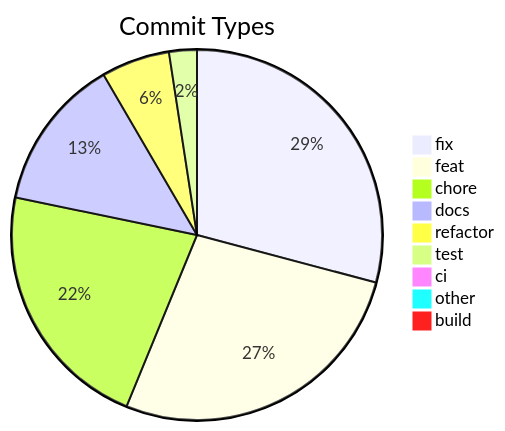
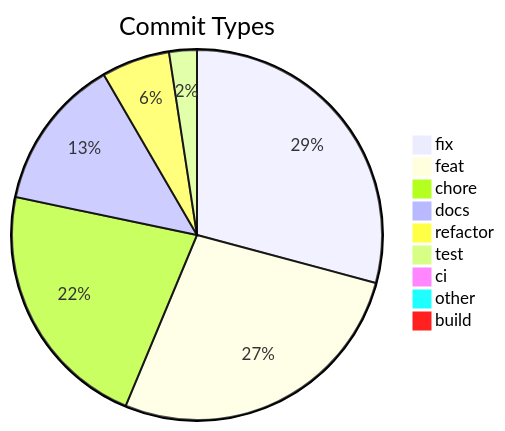
Before and after one commit to svenroth-ai/shipwright: the diagram in .shipwright/compliance/change-history.md, drawn with Mermaid. The commit also changed other lines of this file and 6 other files, not shown here.

````diff
--- a/.shipwright/compliance/change-history.md
+++ b/.shipwright/compliance/change-history.md
@@ -8,12 +8,12 @@
 ```mermaid
 pie title Commit Types
-    "fix" : 312
-    "feat" : 290
+    "fix" : 313
+    "feat" : 291
     "chore" : 236
     "docs" : 143
     "refactor" : 64
     "test" : 26
     "ci" : 8
     "other" : 7
     "build" : 1
 ```
````
